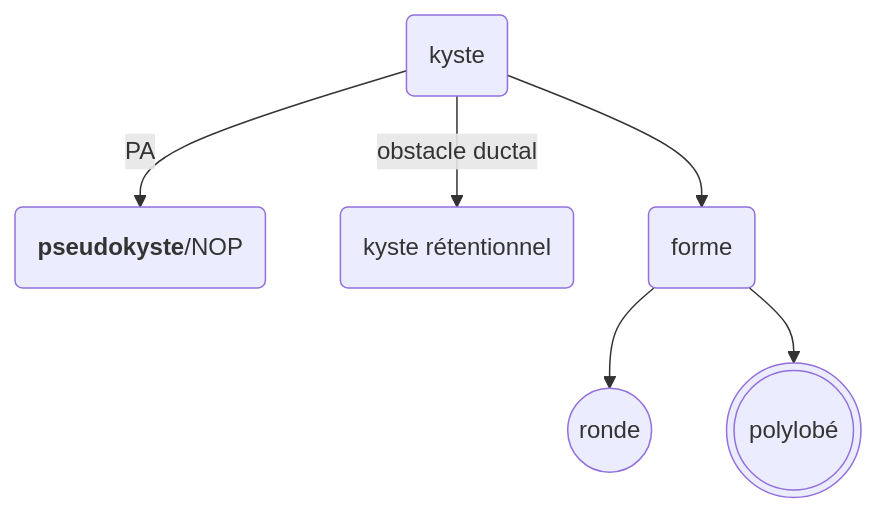
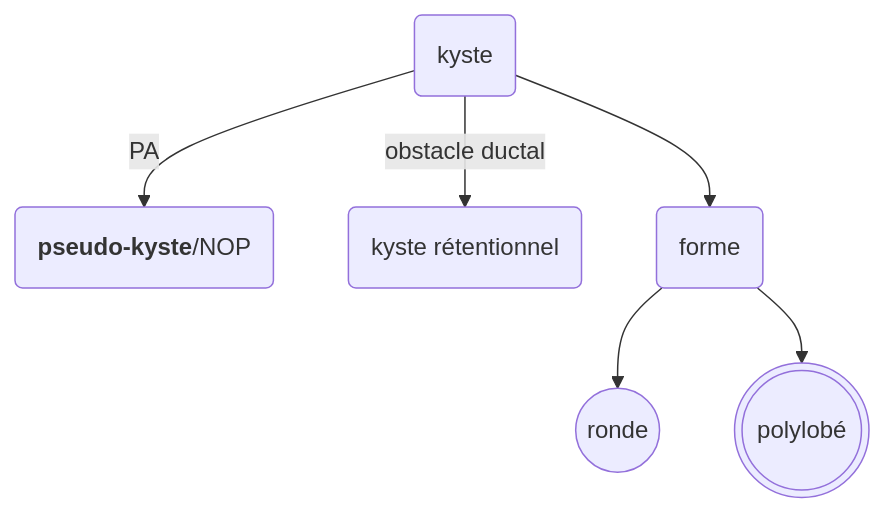
One commit to drlefevre/drlef changed the second of 5 diagrams in docs/dig/pancréas.md. Above: the diagram before and after it, drawn with Mermaid. The commit also changed other lines of this file and 3 other files, not shown here.

````diff
--- a/docs/dig/pancréas.md
+++ b/docs/dig/pancréas.md
@@ -77,8 +89,8 @@
     ``` mermaid
     flowchart TD
-        A(kyste) -->|PA| B("`**pseudokyste**/NOP`");
+        A(kyste) -->|PA| B("`**pseudo-kyste**/NOP`");
         A -->|obstacle ductal| C(kyste rétentionnel);
         A --> D(forme);  
         D --> E((ronde));
         D --> F(((polylobé)));      
     ```
````
